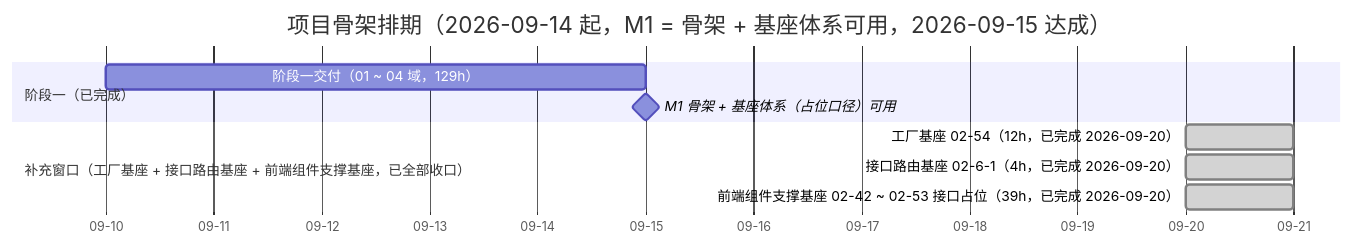
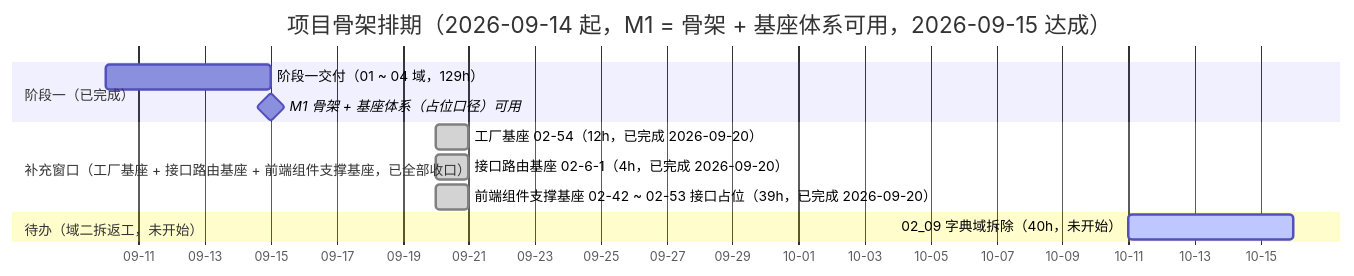
The diagram in bms文档/项目/01_项目骨架/计划/01_计划_项目骨架.md (minjian123/basic-management-system), drawn with Mermaid before and after one commit. The commit also changed other lines of this file and 3 other files, not shown here.

````diff
--- a/bms文档/项目/01_项目骨架/计划/01_计划_项目骨架.md
+++ b/bms文档/项目/01_项目骨架/计划/01_计划_项目骨架.md
@@ -153,14 +153,16 @@
 ```mermaid
 gantt
     title 项目骨架排期（2026-09-14 起，M1 = 骨架 + 基座体系可用，2026-09-15 达成）
     dateFormat  YYYY-MM-DD
     axisFormat %m-%d
     section 阶段一（已完成）
     阶段一交付（01 ~ 04 域，129h） :done1, 2026-09-10, 2026-09-15
     M1 骨架 + 基座体系（占位口径）可用 :milestone, m1, 2026-09-15, 0d
     section 补充窗口（工厂基座 + 接口路由基座 + 前端组件支撑基座，已全部收口）
     工厂基座 02-54（12h，已完成 2026-09-20） :done, fac, 2026-09-20, 1d
     接口路由基座 02-6-1（4h，已完成 2026-09-20） :done, route, 2026-09-20, 1d
     前端组件支撑基座 02-42 ~ 02-53 接口占位（39h，已完成 2026-09-20） :done, supp, 2026-09-20, 1d
+    section 待办（域二拆返工，未开始）
+    02_09 字典域拆除（40h，未开始） :active, d09, 2026-10-11, 5d
 
 ```
````
